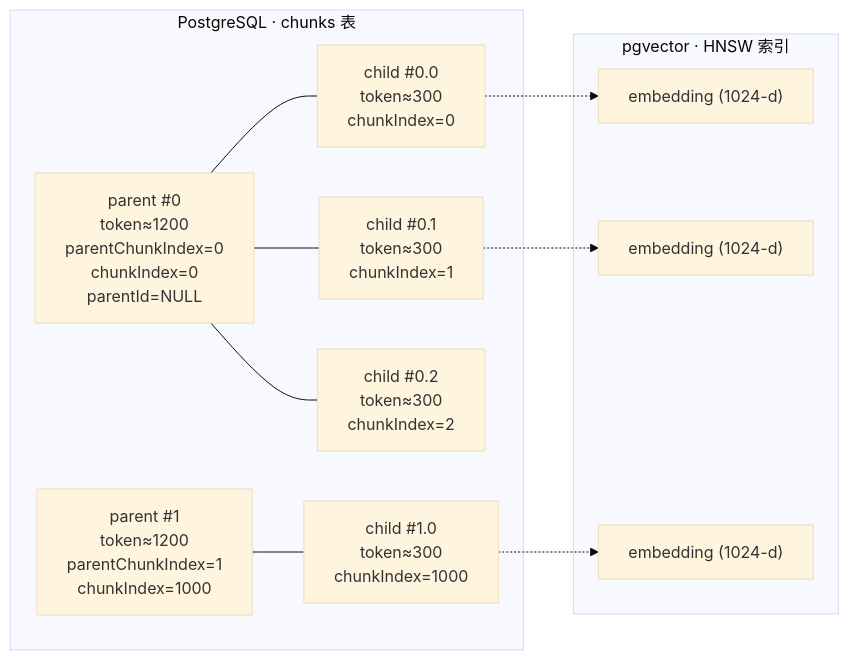
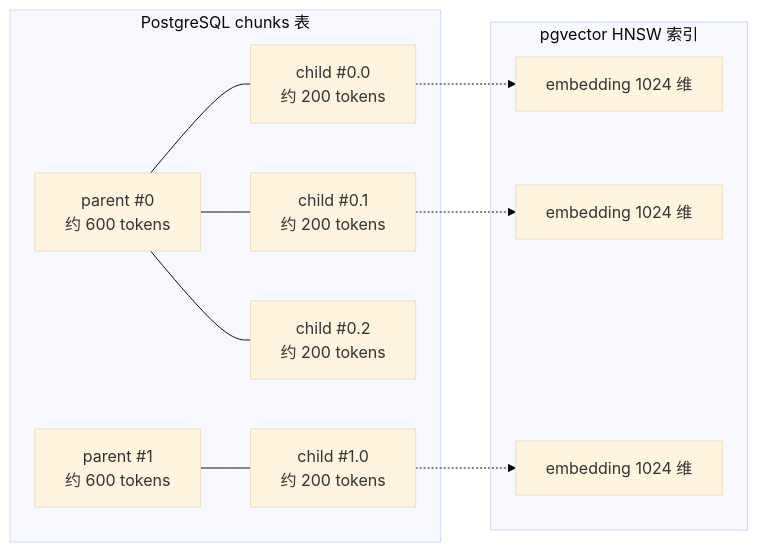
Before and after one commit to MJ666-K/KB-Core: the second of 10 diagrams in docs/流程图设计说明.md, drawn with Mermaid (base theme). The commit also changed other lines of this file, not shown here.

````diff
--- a/docs/流程图设计说明.md
+++ b/docs/流程图设计说明.md
@@ -120,26 +86,26 @@
 ```mermaid
 flowchart LR
-    subgraph PostgreSQL[PostgreSQL · chunks 表]
-        P1["parent #0<br/>token≈1200<br/>parentChunkIndex=0<br/>chunkIndex=0<br/>parentId=NULL"]
-        C1["child #0.0<br/>token≈300<br/>chunkIndex=0"]
-        C2["child #0.1<br/>token≈300<br/>chunkIndex=1"]
-        C3["child #0.2<br/>token≈300<br/>chunkIndex=2"]
-        P2["parent #1<br/>token≈1200<br/>parentChunkIndex=1<br/>chunkIndex=1000"]
-        C4["child #1.0<br/>token≈300<br/>chunkIndex=1000"]
+    subgraph PG ["PostgreSQL chunks 表"]
+        P1["parent #0<br/>约 600 tokens"]
+        C1["child #0.0<br/>约 200 tokens"]
+        C2["child #0.1<br/>约 200 tokens"]
+        C3["child #0.2<br/>约 200 tokens"]
+        P2["parent #1<br/>约 600 tokens"]
+        C4["child #1.0<br/>约 200 tokens"]
     end
 
     P1 --- C1
     P1 --- C2
     P1 --- C3
     P2 --- C4
 
-    subgraph V[pgvector · HNSW 索引]
-        V1["embedding (1024-d)"]
-        V2["embedding (1024-d)"]
-        V3["embedding (1024-d)"]
+    subgraph VEC ["pgvector HNSW 索引"]
+        V1["embedding 1024 维"]
+        V2["embedding 1024 维"]
+        V3["embedding 1024 维"]
     end
 
     C1 -.-> V1
     C2 -.-> V2
     C4 -.-> V3
 ```
````
